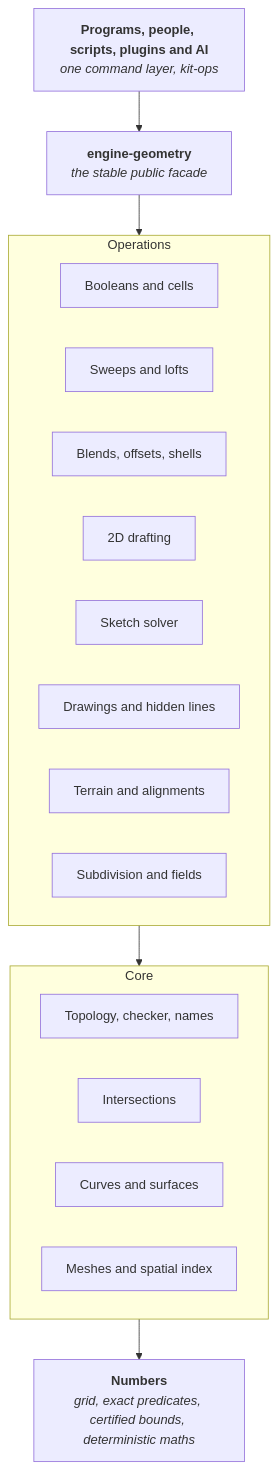
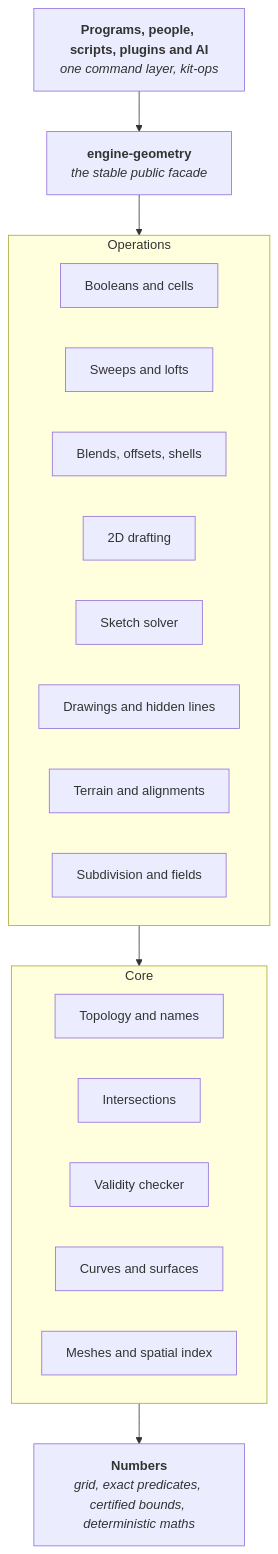
One commit to spareware-co-op/spareware changed the diagram in projects/engines/geometry/ARCHITECTURE.md. Above: the diagram before and after it, drawn with Mermaid. The commit also changed other lines of this file and 24 other files, not shown here.

````diff
--- a/projects/engines/geometry/ARCHITECTURE.md
+++ b/projects/engines/geometry/ARCHITECTURE.md
@@ -27,28 +27,29 @@
 ```mermaid
 flowchart TB
   CMD["`**Programs, people, scripts, plugins and AI**
 *one command layer, kit-ops*`"]
   FACADE["`**engine-geometry**
 *the stable public facade*`"]
   subgraph OPS[Operations]
     direction LR
     BOOL[Booleans and cells]
     SWEEP[Sweeps and lofts]
     BLEND[Blends, offsets, shells]
     D2[2D drafting]
     SK[Sketch solver]
     DRAW[Drawings and hidden lines]
     SURV[Terrain and alignments]
     FREE[Subdivision and fields]
   end
   subgraph CORE[Core]
     direction LR
-    TOPO[Topology, checker, names]
+    TOPO[Topology and names]
     INTER[Intersections]
+    CHECK[Validity checker]
     GEOM[Curves and surfaces]
     MESH[Meshes and spatial index]
   end
   NUM["`**Numbers**
 *grid, exact predicates, certified bounds, deterministic maths*`"]
   CMD --> FACADE --> OPS --> CORE --> NUM
 ```
````
